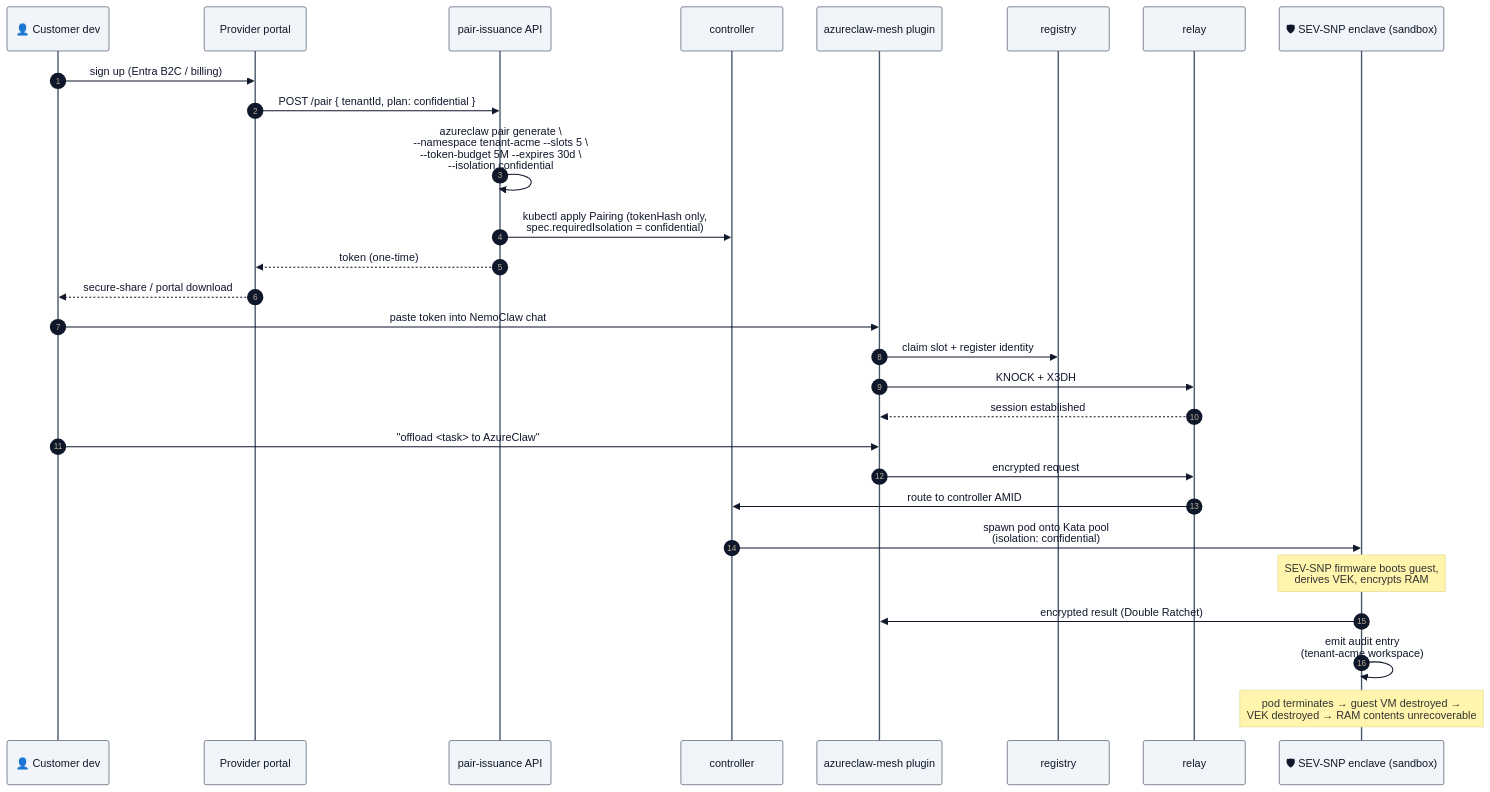
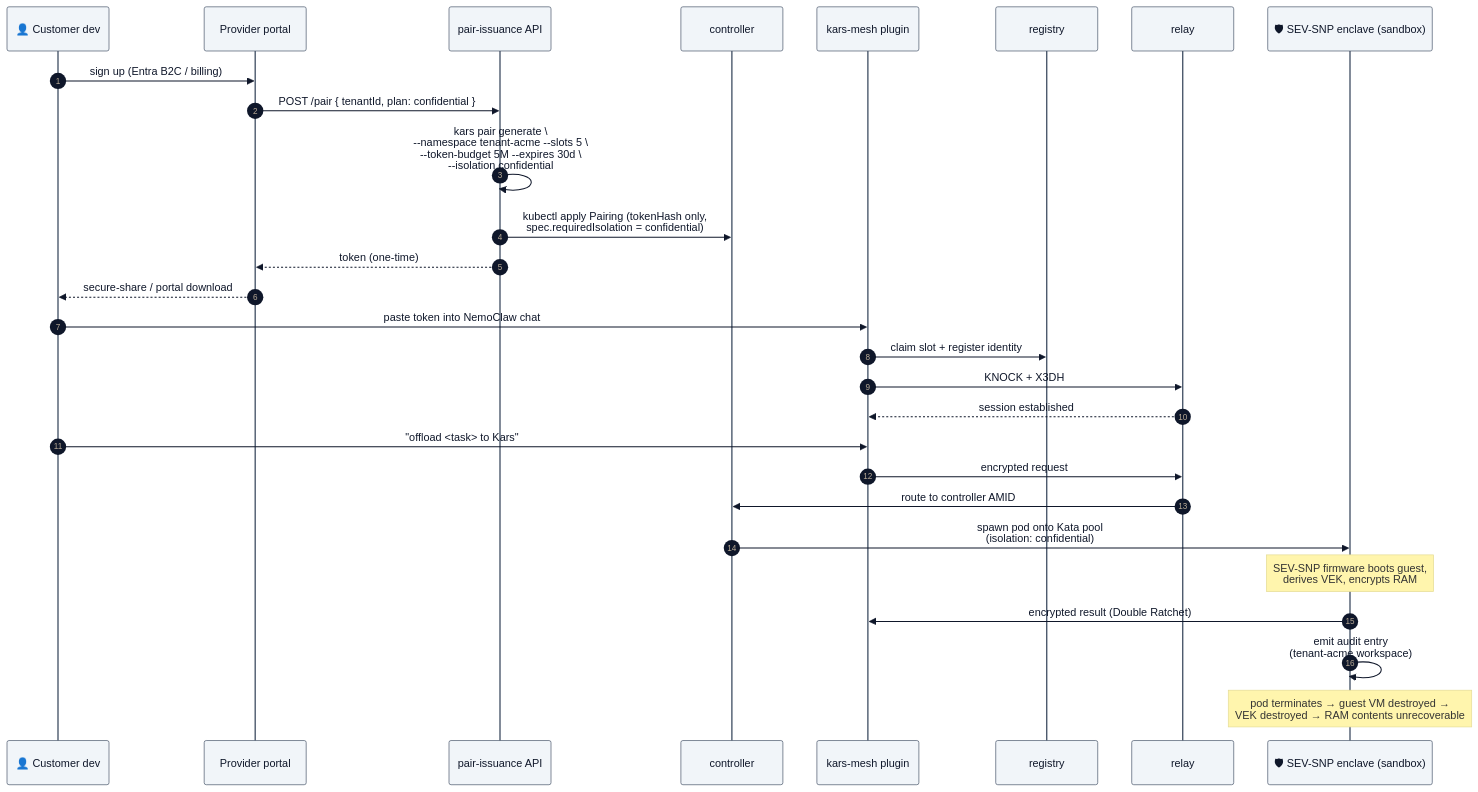
The fourth of 4 diagrams in docs/blueprints/03-managed-public-offload.md (lachie83/kars), drawn with Mermaid before and after one commit. The commit also changed other lines of this file and 694 other files, not shown here.

````diff
--- a/docs/blueprints/03-managed-public-offload.md
+++ b/docs/blueprints/03-managed-public-offload.md
@@ -210,34 +210,34 @@
 ```mermaid
 %%{init: {'theme':'base','themeVariables':{'primaryColor':'#f1f5f9','primaryBorderColor':'#475569','primaryTextColor':'#0f172a','lineColor':'#475569','clusterBkg':'#f8fafc','clusterBorder':'#94a3b8','fontFamily':'-apple-system, BlinkMacSystemFont, Segoe UI, sans-serif'}}}%%
 sequenceDiagram
     autonumber
     participant Cust as 👤 Customer dev
     participant Portal as Provider portal
     participant API as pair-issuance API
     participant Ctrl as controller
-    participant Plugin as azureclaw-mesh plugin
+    participant Plugin as kars-mesh plugin
     participant Reg as registry
     participant Rly as relay
     participant Encl as 🛡 SEV-SNP enclave (sandbox)
 
     Cust->>Portal: sign up (Entra B2C / billing)
     Portal->>API: POST /pair { tenantId, plan: confidential }
-    API->>API: azureclaw pair generate \<br/>--namespace tenant-acme --slots 5 \<br/>--token-budget 5M --expires 30d \<br/>--isolation confidential
+    API->>API: kars pair generate \<br/>--namespace tenant-acme --slots 5 \<br/>--token-budget 5M --expires 30d \<br/>--isolation confidential
     API->>Ctrl: kubectl apply Pairing (tokenHash only,<br/>spec.requiredIsolation = confidential)
     API-->>Portal: token (one-time)
     Portal-->>Cust: secure-share / portal download
 
     Cust->>Plugin: paste token into NemoClaw chat
     Plugin->>Reg: claim slot + register identity
     Plugin->>Rly: KNOCK + X3DH
     Rly-->>Plugin: session established
 
-    Cust->>Plugin: "offload <task> to AzureClaw"
+    Cust->>Plugin: "offload <task> to Kars"
     Plugin->>Rly: encrypted request
     Rly->>Ctrl: route to controller AMID
     Ctrl->>Encl: spawn pod onto Kata pool<br/>(isolation: confidential)
     Note over Encl: SEV-SNP firmware boots guest,<br/>derives VEK, encrypts RAM
     Encl->>Plugin: encrypted result (Double Ratchet)
     Encl->>Encl: emit audit entry<br/>(tenant-acme workspace)
     Note over Encl: pod terminates → guest VM destroyed →<br/>VEK destroyed → RAM contents unrecoverable
 ```
````
